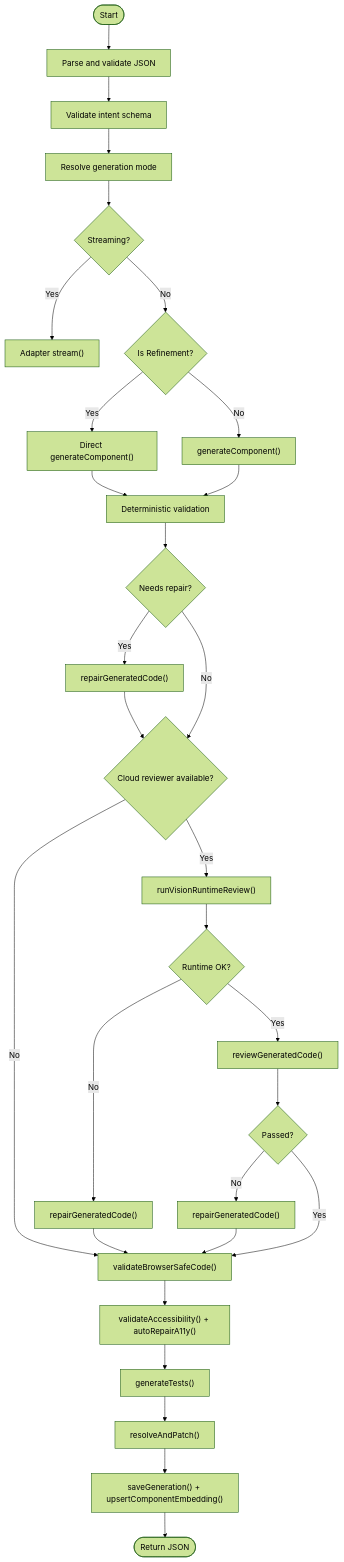
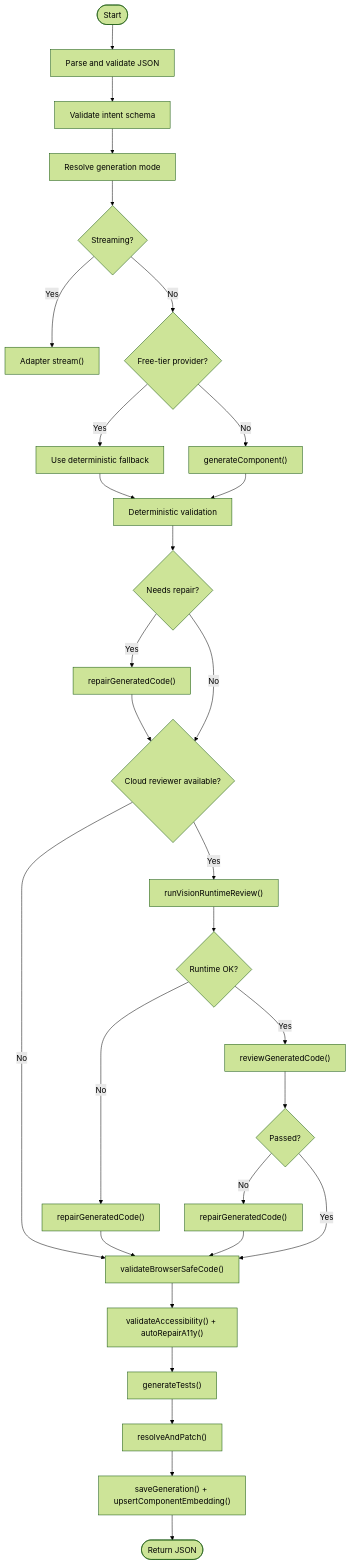
One commit to shekhargiri005-dotcom/AI-powered-accessibility-first-UI-engine changed the third of 4 diagrams in .qoder/repowiki/en/content/AI Generation Engine/Core Generation Pipeline/Core Generation Pipeline.md. Above: the diagram before and after it, drawn with Mermaid (forest theme). The commit also changed other lines of this file and 38 other files, not shown here.

````diff
--- a/.qoder/repowiki/en/content/AI Generation Engine/Core Generation Pipeline/Core Generation Pipeline.md
+++ b/.qoder/repowiki/en/content/AI Generation Engine/Core Generation Pipeline/Core Generation Pipeline.md
@@ -191,32 +214,32 @@
 ```mermaid
 flowchart TD
 Start(["Start"]) --> Parse["Parse and validate JSON"]
 Parse --> Intent["Validate intent schema"]
 Intent --> Mode["Resolve generation mode"]
 Mode --> StreamCheck{"Streaming?"}
 StreamCheck --> |Yes| Stream["Adapter stream()"]
-StreamCheck --> |No| RefinementCheck{"Is Refinement?"}
-RefinementCheck --> |Yes| DirectGen["Direct generateComponent()"]
-RefinementCheck --> |No| Gen["generateComponent()"]
-DirectGen --> DetCheck["Deterministic validation"]
+StreamCheck --> |No| ProviderCheck{"Free-tier provider?"}
+ProviderCheck --> |Yes| FreeTier["Use deterministic fallback"]
+ProviderCheck --> |No| Gen["generateComponent()"]
+FreeTier --> DetCheck["Deterministic validation"]
 Gen --> DetCheck
 DetCheck --> RepairDet{"Needs repair?"}
 RepairDet --> |Yes| RepairCall["repairGeneratedCode()"]
 RepairDet --> |No| ReviewCheck{"Cloud reviewer available?"}
 RepairCall --> ReviewCheck
 ReviewCheck --> |No| Safety["validateBrowserSafeCode()"]
 ReviewCheck --> |Yes| Vision["runVisionRuntimeReview()"]
 Vision --> VisionOK{"Runtime OK?"}
 VisionOK --> |No| RepairVision["repairGeneratedCode()"]
 VisionOK --> |Yes| TextReview["reviewGeneratedCode()"]
 TextReview --> ReviewOK{"Passed?"}
 ReviewOK --> |No| RepairText["repairGeneratedCode()"]
 ReviewOK --> |Yes| Safety
 RepairVision --> Safety
 RepairText --> Safety
 Safety --> A11y["validateAccessibility() + autoRepairA11y()"]
 A11y --> Tests["generateTests()"]
 Tests --> Dep["resolveAndPatch()"]
 Dep --> Persist["saveGeneration() + upsertComponentEmbedding()"]
 Persist --> End(["Return JSON"])
 ```
````
